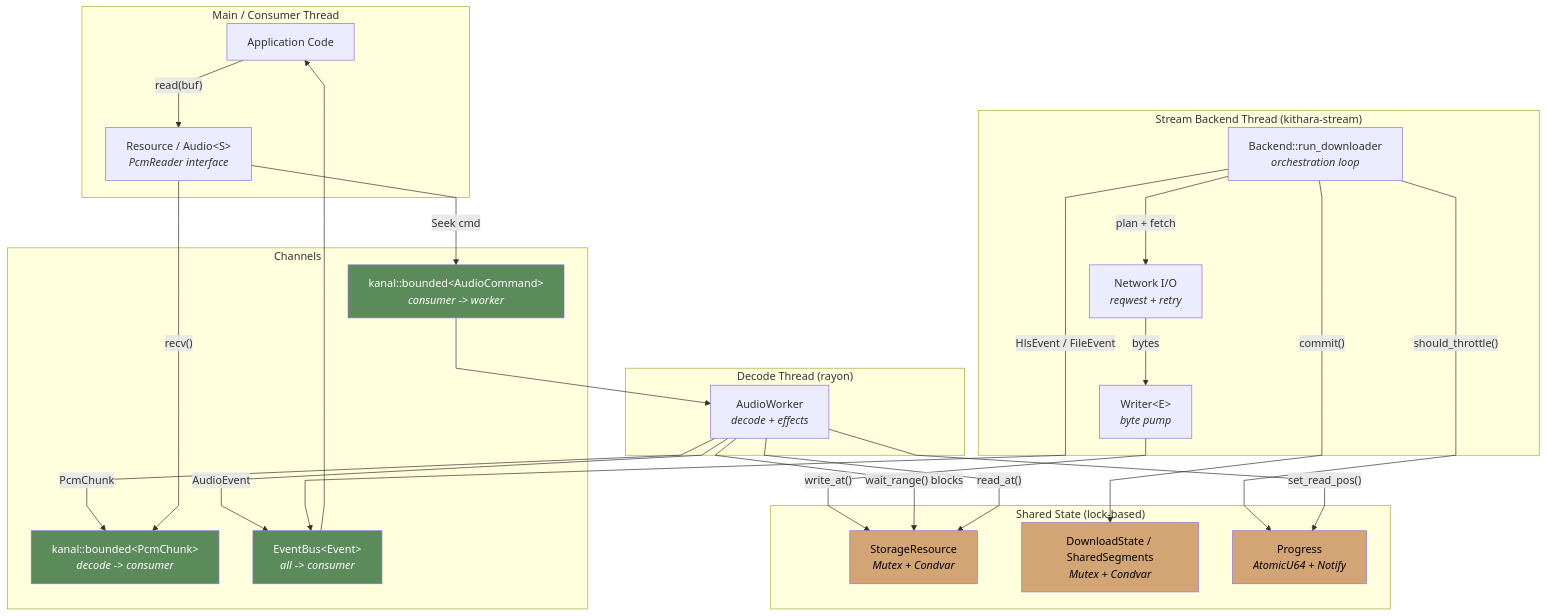
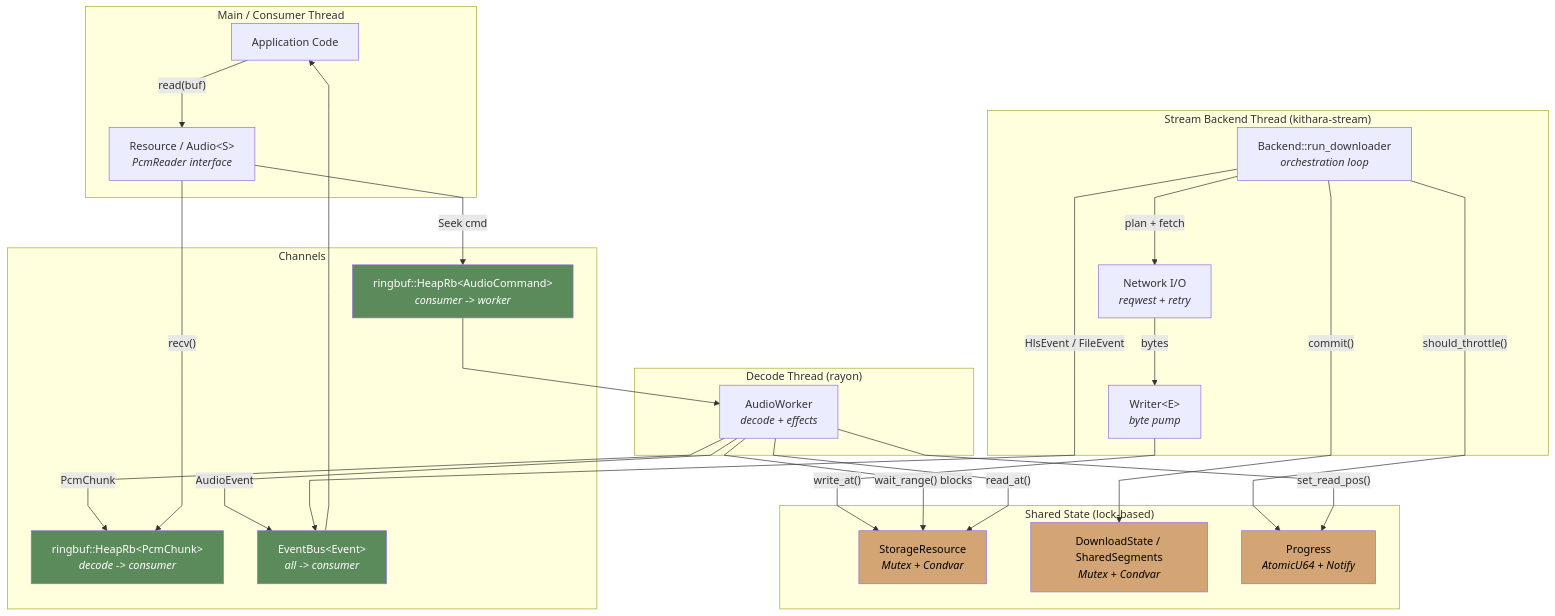
The first of 2 diagrams in crates/kithara-audio/README.md (zvuk/kithara), drawn with Mermaid before and after one commit. The commit also changed other lines of this file and 135 other files, not shown here.

````diff
--- a/crates/kithara-audio/README.md
+++ b/crates/kithara-audio/README.md
@@ -40,58 +40,58 @@
 ```mermaid
 %%{init: {"flowchart": {"curve": "linear"}} }%%
 flowchart TB
     subgraph "Main / Consumer Thread"
         App["Application Code"]
         Resource["Resource / Audio&lt;S&gt;<br/><i>PcmReader interface</i>"]
         App -- "read(buf)" --> Resource
     end
 
     subgraph "Stream Backend Thread (kithara-stream)"
         DLLoop["Backend::run_downloader<br/><i>orchestration loop</i>"]
         NetTask["Network I/O<br/><i>reqwest + retry</i>"]
         WriterTask["Writer&lt;E&gt;<br/><i>byte pump</i>"]
         DLLoop -- "plan + fetch" --> NetTask
         NetTask -- "bytes" --> WriterTask
     end
 
     subgraph "Decode Thread (rayon)"
         DecodeWorker["AudioWorker<br/><i>decode + effects</i>"]
     end
 
     subgraph "Shared State (lock-based)"
         StorageRes["StorageResource<br/><i>Mutex + Condvar</i>"]
         SegIdx["DownloadState / SharedSegments<br/><i>Mutex + Condvar</i>"]
         Progress["Progress<br/><i>AtomicU64 + Notify</i>"]
     end
 
     subgraph "Channels"
-        PcmChan["kanal::bounded&lt;PcmChunk&gt;<br/><i>decode -> consumer</i>"]
-        CmdChan["kanal::bounded&lt;AudioCommand&gt;<br/><i>consumer -> worker</i>"]
+        PcmChan["ringbuf::HeapRb&lt;PcmChunk&gt;<br/><i>decode -> consumer</i>"]
+        CmdChan["ringbuf::HeapRb&lt;AudioCommand&gt;<br/><i>consumer -> worker</i>"]
         EventChan["EventBus&lt;Event&gt;<br/><i>all -> consumer</i>"]
     end
 
     WriterTask -- "write_at()" --> StorageRes
     DLLoop -- "commit()" --> SegIdx
 
     DecodeWorker -- "wait_range() blocks" --> StorageRes
     DecodeWorker -- "read_at()" --> StorageRes
     DecodeWorker -- "PcmChunk" --> PcmChan
     Resource -- "recv()" --> PcmChan
 
     Resource -- "Seek cmd" --> CmdChan
     CmdChan --> DecodeWorker
 
     DecodeWorker -- "AudioEvent" --> EventChan
     DLLoop -- "HlsEvent / FileEvent" --> EventChan
     EventChan --> App
 
     DLLoop -- "should_throttle()" --> Progress
     DecodeWorker -- "set_read_pos()" --> Progress
 
     style StorageRes fill:#d4a574,color:#000
     style SegIdx fill:#d4a574,color:#000
     style Progress fill:#d4a574,color:#000
     style PcmChan fill:#5b8a5b,color:#fff
     style CmdChan fill:#5b8a5b,color:#fff
     style EventChan fill:#5b8a5b,color:#fff
 ```
````
